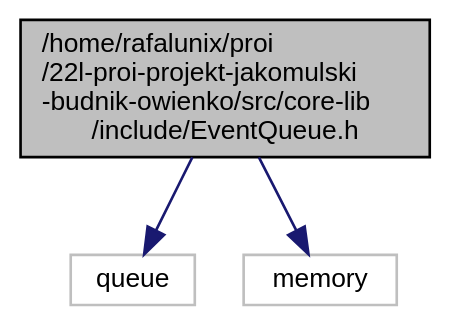
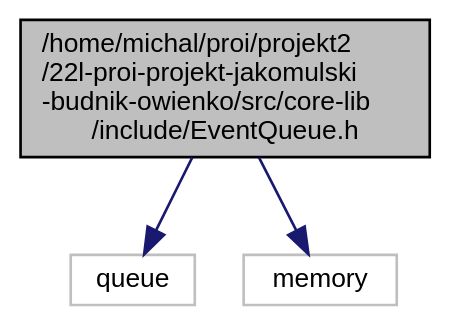
Before and after one commit to SNURTEL/battle-city: the diagram in doc/rtf/_event_queue_8h__incl.dot, drawn with Graphviz. The commit also changed 1284 other files, not shown here.

```diff
--- a/doc/rtf/_event_queue_8h__incl.dot
+++ b/doc/rtf/_event_queue_8h__incl.dot
@@ -1,13 +1,13 @@
-digraph "/home/rafalunix/proi/22l-proi-projekt-jakomulski-budnik-owienko/src/core-lib/include/EventQueue.h"
+digraph "/home/michal/proi/projekt2/22l-proi-projekt-jakomulski-budnik-owienko/src/core-lib/include/EventQueue.h"
 {
  // INTERACTIVE_SVG=YES
  // LATEX_PDF_SIZE
   bgcolor="transparent";
   edge [fontname="Helvetica",fontsize="10",labelfontname="Helvetica",labelfontsize="10"];
   node [fontname="Helvetica",fontsize="10",shape=record];
-  Node1 [label="/home/rafalunix/proi\l/22l-proi-projekt-jakomulski\l-budnik-owienko/src/core-lib\l/include/EventQueue.h",height=0.2,width=0.4,color="black", fillcolor="grey75", style="filled", fontcolor="black",tooltip=" "];
+  Node1 [label="/home/michal/proi/projekt2\l/22l-proi-projekt-jakomulski\l-budnik-owienko/src/core-lib\l/include/EventQueue.h",height=0.2,width=0.4,color="black", fillcolor="grey75", style="filled", fontcolor="black",tooltip=" "];
   Node1 -> Node2 [color="midnightblue",fontsize="10",style="solid",fontname="Helvetica"];
   Node2 [label="queue",height=0.2,width=0.4,color="grey75",tooltip=" "];
   Node1 -> Node3 [color="midnightblue",fontsize="10",style="solid",fontname="Helvetica"];
   Node3 [label="memory",height=0.2,width=0.4,color="grey75",tooltip=" "];
 }
```
